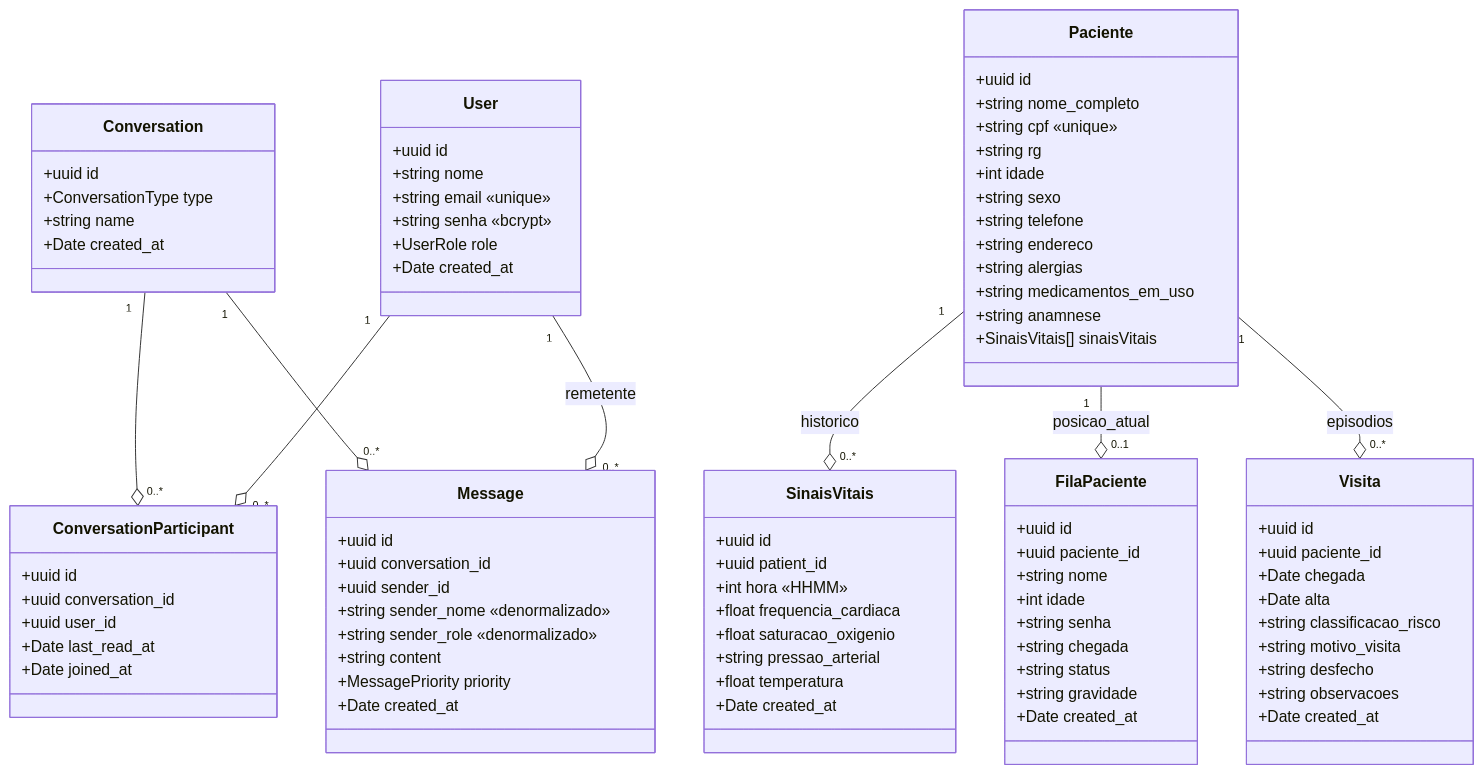
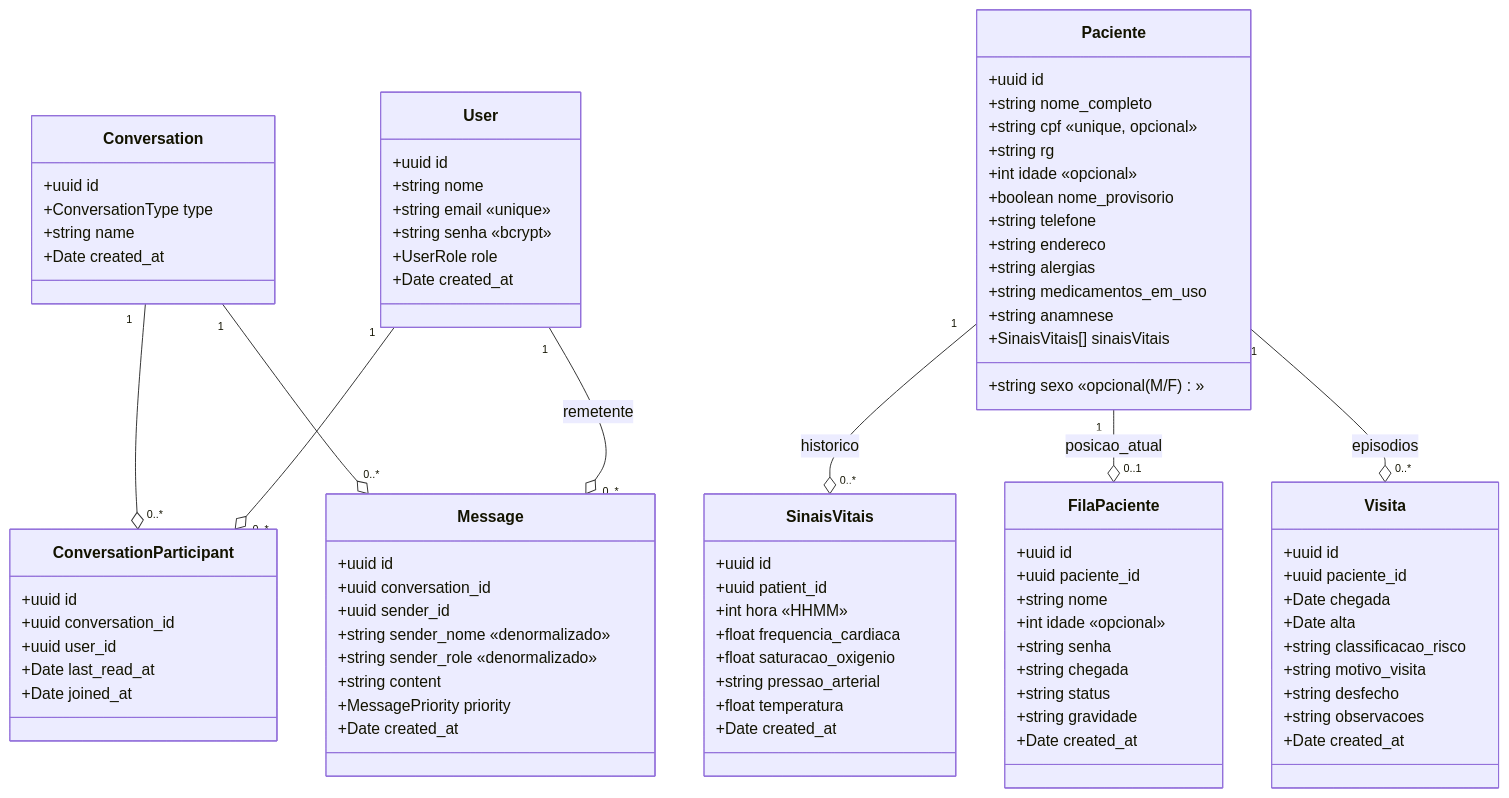
One commit to MikaelDiogo/HealthHub_Mono changed the eighth of 31 diagrams in DOCUMENTO_ENGENHARIA_SOFTWARE.md. Above: the diagram before and after it, drawn with Mermaid. The commit also changed other lines of this file and 12 other files, not shown here.

```diff
--- a/DOCUMENTO_ENGENHARIA_SOFTWARE.md
+++ b/DOCUMENTO_ENGENHARIA_SOFTWARE.md
@@ -567,10 +567,11 @@
     class Paciente {
         +uuid id
         +string nome_completo
-        +string cpf «unique»
+        +string cpf «unique, opcional»
         +string rg
-        +int idade
-        +string sexo
+        +int idade «opcional»
+        +string sexo «opcional (M/F)»
+        +boolean nome_provisorio
         +string telefone
         +string endereco
         +string alergias
@@ -594,7 +595,7 @@
         +uuid id
         +uuid paciente_id
         +string nome
-        +int idade
+        +int idade «opcional»
         +string senha
         +string chegada
         +string status
```
